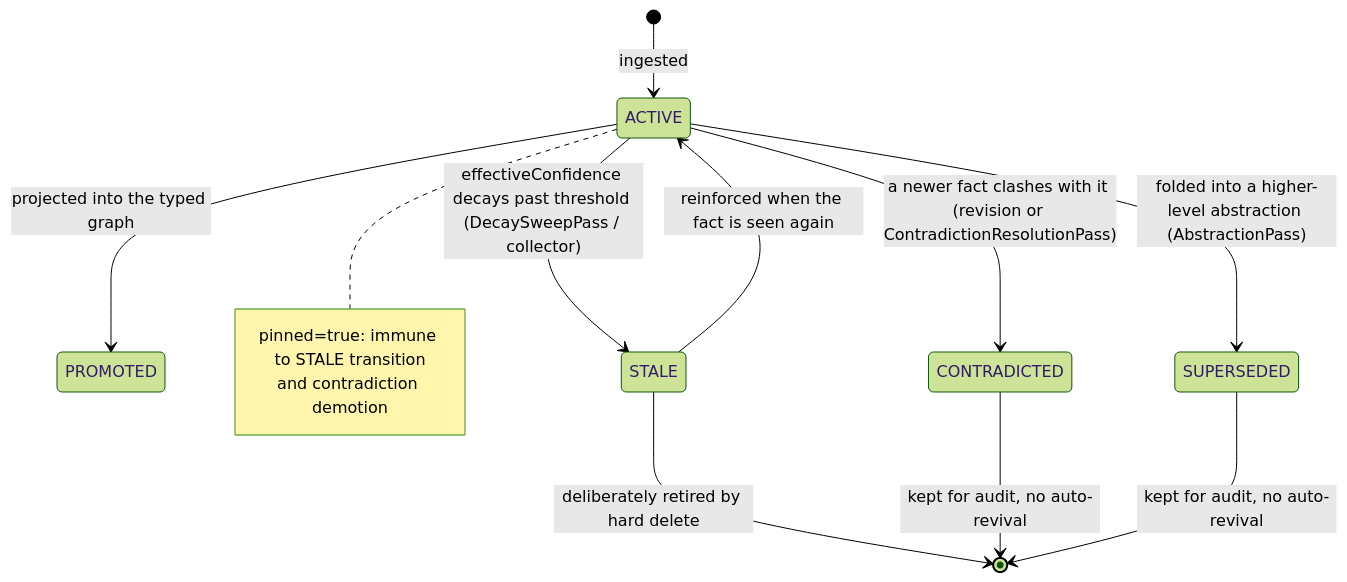
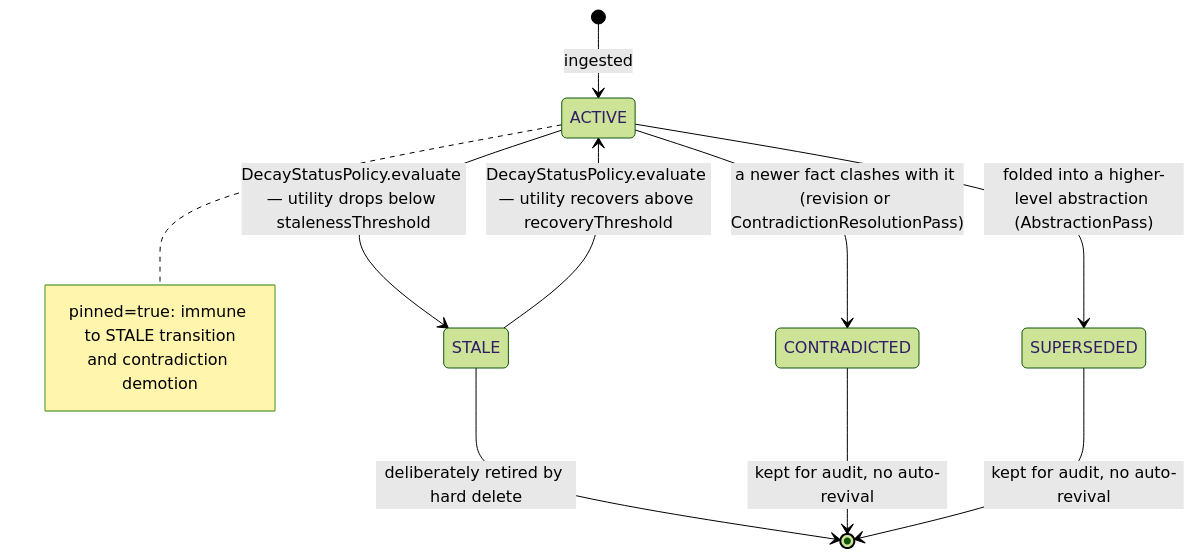
Before and after one commit to embabel/dice: the first of 5 diagrams in docs/design/proposition-lifecycle.md, drawn with Mermaid (forest theme). The commit also changed other lines of this file and 19 other files, not shown here.

````diff
--- a/docs/design/proposition-lifecycle.md
+++ b/docs/design/proposition-lifecycle.md
@@ -16,16 +16,15 @@
 ```mermaid
 stateDiagram-v2
     [*] --> ACTIVE : ingested
-    ACTIVE --> PROMOTED : projected into the typed graph
     ACTIVE --> CONTRADICTED : a newer fact clashes with it (revision or ContradictionResolutionPass)
     ACTIVE --> SUPERSEDED : folded into a higher-level abstraction (AbstractionPass)
-    ACTIVE --> STALE : effectiveConfidence decays past threshold (DecaySweepPass / collector)
-    STALE --> ACTIVE : reinforced when the fact is seen again
+    ACTIVE --> STALE : DecayStatusPolicy.evaluate — utility drops below stalenessThreshold
+    STALE --> ACTIVE : DecayStatusPolicy.evaluate — utility recovers above recoveryThreshold
     STALE --> [*] : deliberately retired by hard delete
     CONTRADICTED --> [*] : kept for audit, no auto-revival
     SUPERSEDED --> [*] : kept for audit, no auto-revival
     note right of ACTIVE
         pinned=true: immune to STALE transition
         and contradiction demotion
     end note
 ```
````
